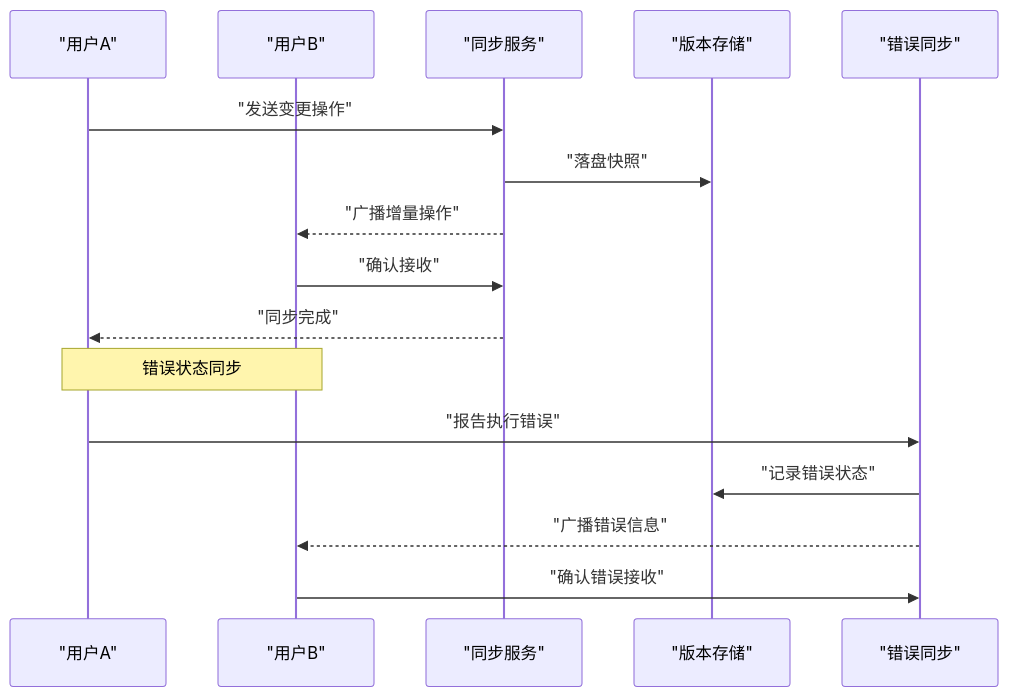
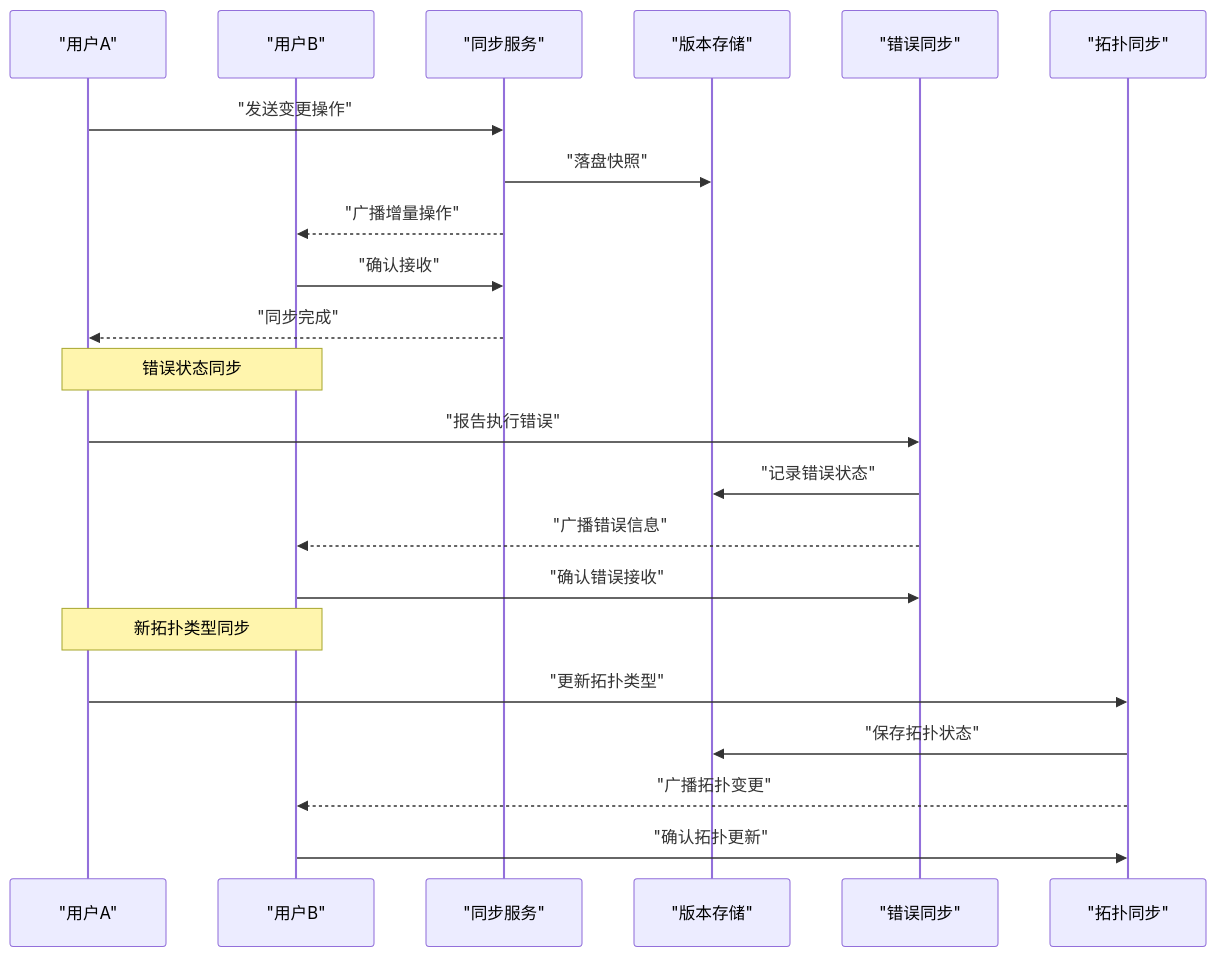
Diagram 15 of 16 in .qoder/repowiki/zh/content/画布编辑器/画布编辑器.md (scottcwy/PurpleInk), drawn with Mermaid before and after one commit. The commit also changed other lines of this file and 29 other files, not shown here.

````diff
--- a/.qoder/repowiki/zh/content/画布编辑器/画布编辑器.md
+++ b/.qoder/repowiki/zh/content/画布编辑器/画布编辑器.md
@@ -676,18 +781,24 @@
 ```mermaid
 sequenceDiagram
 participant A as "用户A"
 participant B as "用户B"
 participant Sync as "同步服务"
 participant Store as "版本存储"
 participant ErrorSync as "错误同步"
+participant TopologySync as "拓扑同步"
 A->>Sync : "发送变更操作"
 Sync->>Store : "落盘快照"
 Sync-->>B : "广播增量操作"
 B->>Sync : "确认接收"
 Sync-->>A : "同步完成"
 Note over A,B : 错误状态同步
 A->>ErrorSync : "报告执行错误"
 ErrorSync->>Store : "记录错误状态"
 ErrorSync-->>B : "广播错误信息"
 B->>ErrorSync : "确认错误接收"
+Note over A,B : 新拓扑类型同步
+A->>TopologySync : "更新拓扑类型"
+TopologySync->>Store : "保存拓扑状态"
+TopologySync-->>B : "广播拓扑变更"
+B->>TopologySync : "确认拓扑更新"
 ```
````
